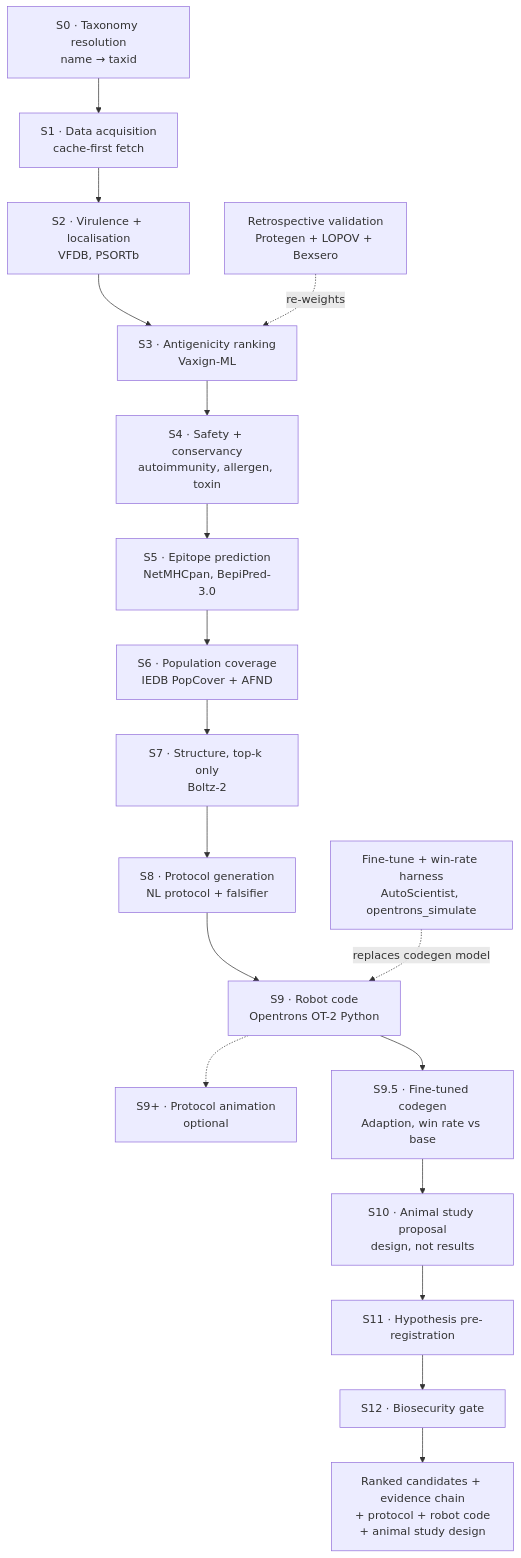
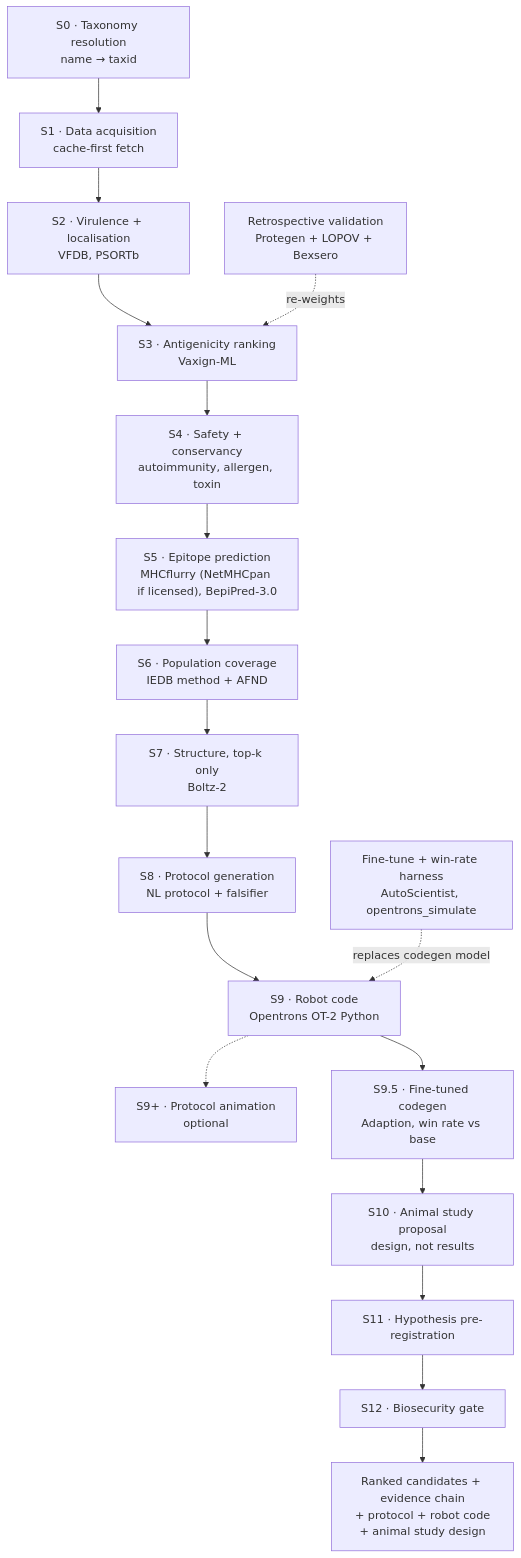
Before and after one commit to Abeeekoala/IC-AI-Hack: the diagram in README.md, drawn with Mermaid. The commit also changed other lines of this file and 2 other files, not shown here.

First line of the commit message:
README: real clone address, shorter (stage notes and licence tables moved to docs), fix stale S9.5 and NetMHCpan text

````diff
--- a/README.md
+++ b/README.md
@@ -82,20 +82,20 @@
 ```mermaid
 flowchart TD
     A["S0 · Taxonomy resolution<br/>name → taxid"] --> B["S1 · Data acquisition<br/>cache-first fetch"]
     B --> C["S2 · Virulence + localisation<br/>VFDB, PSORTb"]
     C --> D["S3 · Antigenicity ranking<br/>Vaxign-ML"]
     D --> E["S4 · Safety + conservancy<br/>autoimmunity, allergen, toxin"]
-    E --> F["S5 · Epitope prediction<br/>NetMHCpan, BepiPred-3.0"]
-    F --> G["S6 · Population coverage<br/>IEDB PopCover + AFND"]
+    E --> F["S5 · Epitope prediction<br/>MHCflurry (NetMHCpan if licensed), BepiPred-3.0"]
+    F --> G["S6 · Population coverage<br/>IEDB method + AFND"]
     G --> H["S7 · Structure, top-k only<br/>Boltz-2"]
     H --> I["S8 · Protocol generation<br/>NL protocol + falsifier"]
     I --> J["S9 · Robot code<br/>Opentrons OT-2 Python"]
     J -.-> J2["S9+ · Protocol animation<br/>optional"]
     J --> J5["S9.5 · Fine-tuned codegen<br/>Adaption, win rate vs base"]
     J5 --> AN["S10 · Animal study proposal<br/>design, not results"]
     AN --> K["S11 · Hypothesis pre-registration"]
     K --> L["S12 · Biosecurity gate"]
     L --> M["Ranked candidates + evidence chain<br/>+ protocol + robot code<br/>+ animal study design"]
     V["Retrospective validation<br/>Protegen + LOPOV + Bexsero"] -.->|re-weights| D
     W["Fine-tune + win-rate harness<br/>AutoScientist, opentrons_simulate"] -.->|replaces codegen model| J
 ```
````
